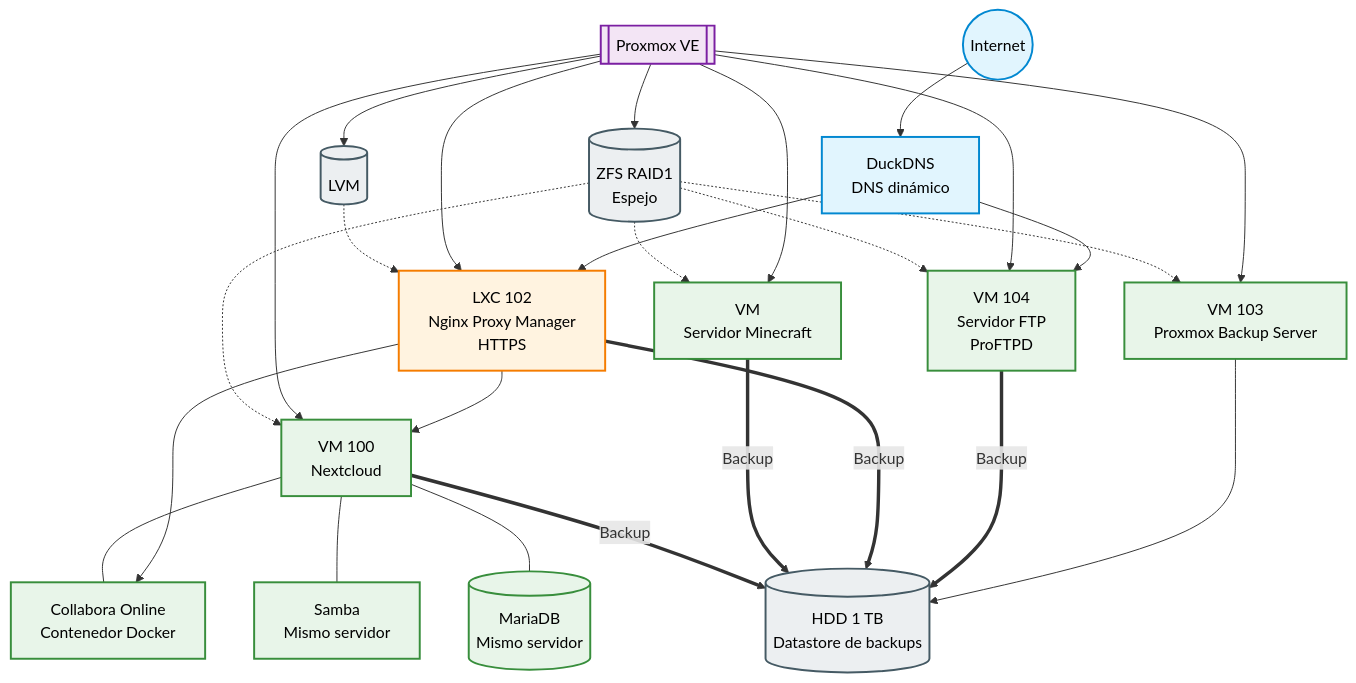
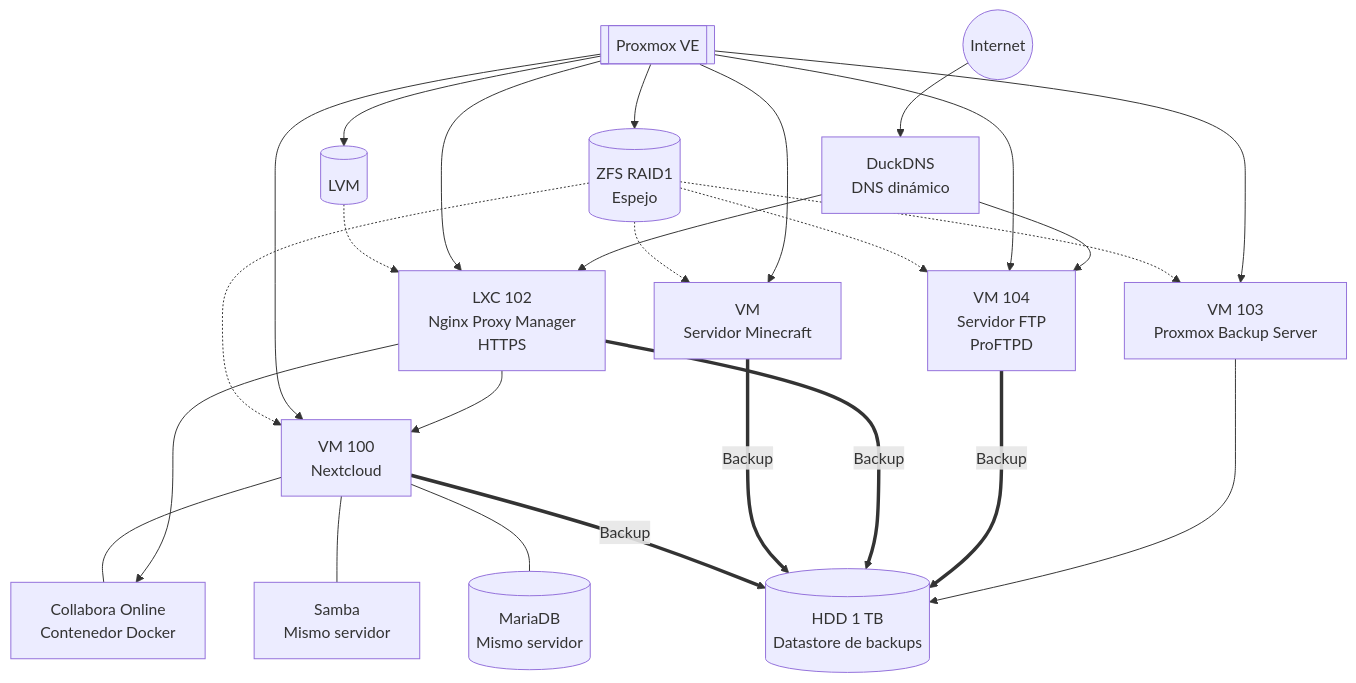
One commit to Hugo33-bash/Hugo33-bash.github.io-Copiar changed the diagram in README.md. Above: the diagram before and after it, drawn with Mermaid. The commit also changed other lines of this file, not shown here.

Commit message:
Update architecture details and remove class definitions
Removed class definitions from the architecture diagram and added details about MariaDB and Docker network segmentation.

````diff
--- a/README.md
+++ b/README.md
@@ -42,46 +41,34 @@
 ```mermaid
 flowchart TD
     Internet(("Internet")) --> DNS["DuckDNS<br/>DNS dinámico"]
     DNS --> NPM["LXC 102<br/>Nginx Proxy Manager<br/>HTTPS"]
     DNS --> FTP["VM 104<br/>Servidor FTP<br/>ProFTPD"]
 
     NPM --> NC["VM 100<br/>Nextcloud"]
     NPM --> COL["Collabora Online<br/>Contenedor Docker"]
 
     NC --- COL
     NC --- SMB["Samba<br/>Mismo servidor"]
     NC --- DB[("MariaDB<br/>Mismo servidor")]
 
     PVE[["Proxmox VE"]] --> NC
     PVE --> MC["VM<br/>Servidor Minecraft"]
     PVE --> NPM
     PVE --> PBS["VM 103<br/>Proxmox Backup Server"]
     PVE --> FTP
 
     PBS --> HDD[("HDD 1 TB<br/>Datastore de backups")]
     PVE --> ZFS[("ZFS RAID1<br/>Espejo")]
     PVE --> LVM[("LVM")]
 
     ZFS -.-> NC
     ZFS -.-> FTP
     ZFS -.-> MC
     ZFS -.-> PBS
     LVM -.-> NPM
 
     FTP ==>|Backup| HDD
     NPM ==>|Backup| HDD
     MC ==>|Backup| HDD
     NC ==>|Backup| HDD
-
-    classDef externo fill:#e1f5fe,stroke:#0288d1,stroke-width:2px,color:#000
-    classDef proxy fill:#fff3e0,stroke:#f57c00,stroke-width:2px,color:#000
-    classDef vms fill:#e8f5e9,stroke:#388e3c,stroke-width:2px,color:#000
-    classDef hypervisor fill:#f3e5f5,stroke:#7b1fa2,stroke-width:2px,color:#000
-    classDef storage fill:#eceff1,stroke:#455a64,stroke-width:2px,color:#000
-
-    class Internet,DNS externo
-    class NPM proxy
-    class NC,COL,SMB,DB,MC,PBS,FTP vms
-    class PVE hypervisor
-    class HDD,ZFS,LVM storage
 ```
````
